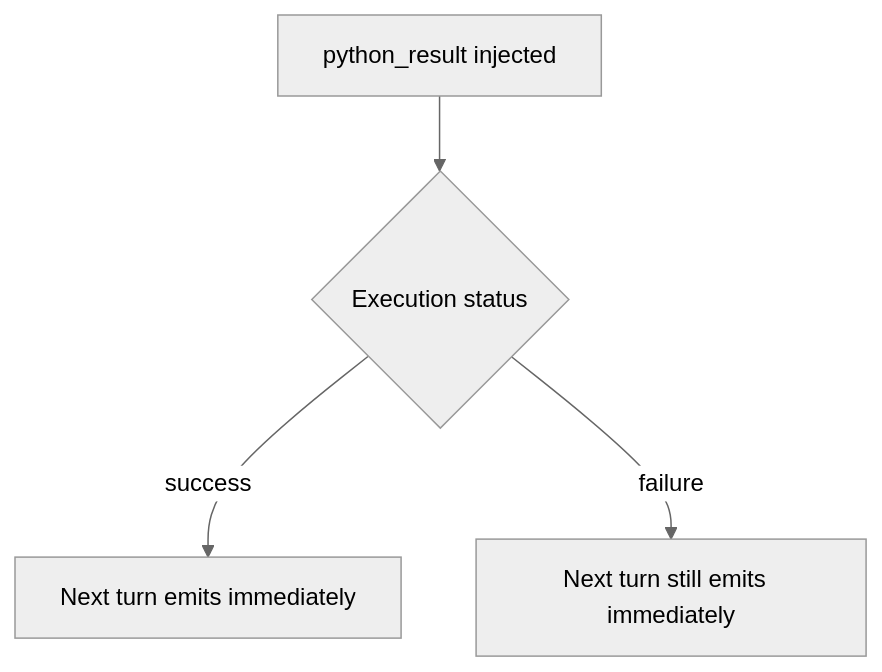
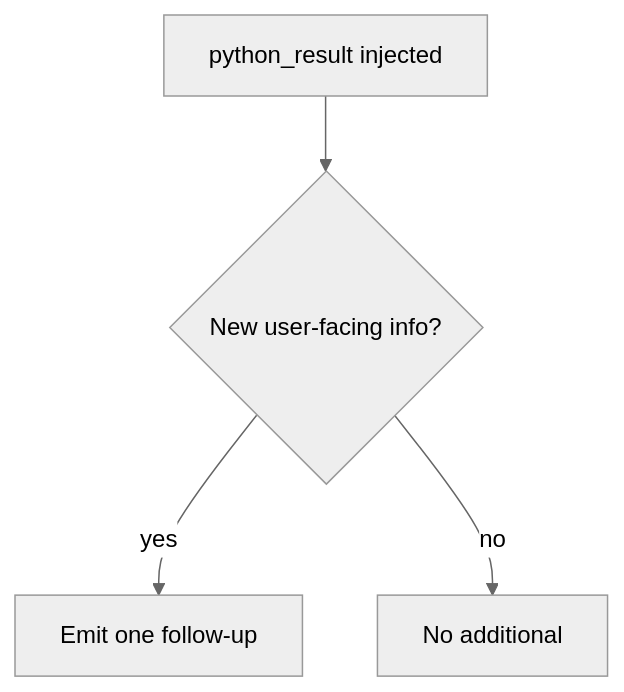
One commit to ex3ndr-bot/daycare changed the second of 2 diagrams in doc/internals/rlm-notool-tags.md. Above: the diagram before and after it, drawn with Mermaid (neutral theme). The commit also changed other lines of this file and 2 other files, not shown here.

Commit message:
fix(rlm): avoid duplicate <say> after python_result

````diff
--- a/doc/internals/rlm-notool-tags.md
+++ b/doc/internals/rlm-notool-tags.md
@@ -30,6 +30,6 @@
 ```mermaid
 flowchart TD
-  A[python_result injected] --> B{Execution status}
-  B -->|success| C[Next turn emits <say> immediately]
-  B -->|failure| D[Next turn still emits <say> immediately]
+  A[python_result injected] --> B{New user-facing info?}
+  B -->|yes| C[Emit one <say> follow-up]
+  B -->|no| D[No additional <say>]
 ```
````
